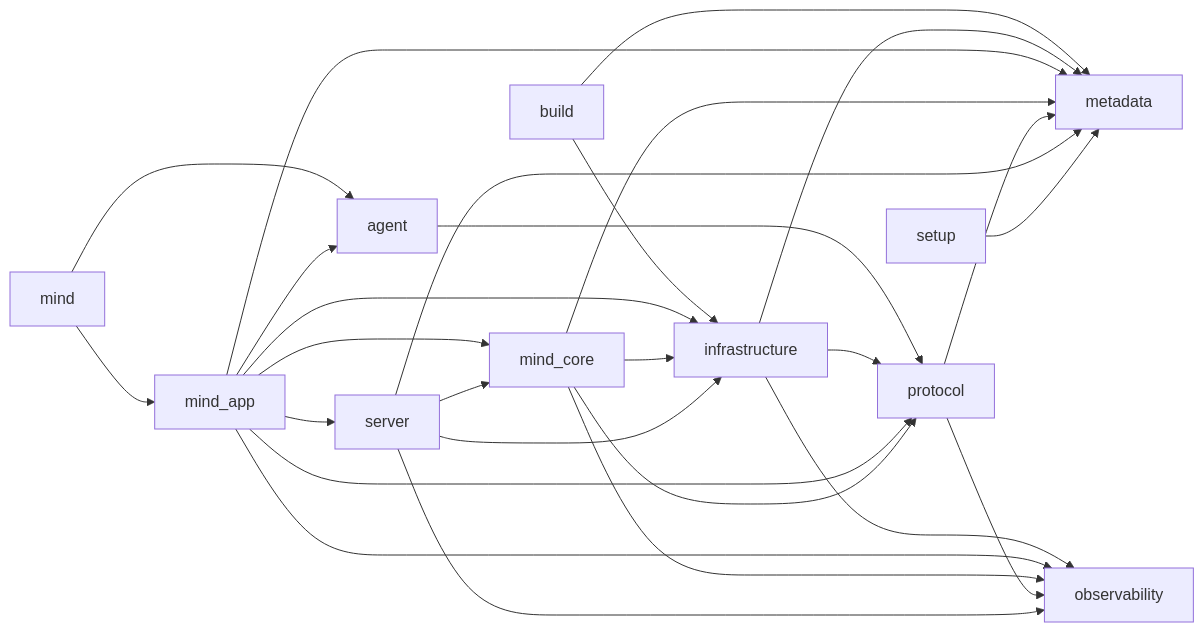
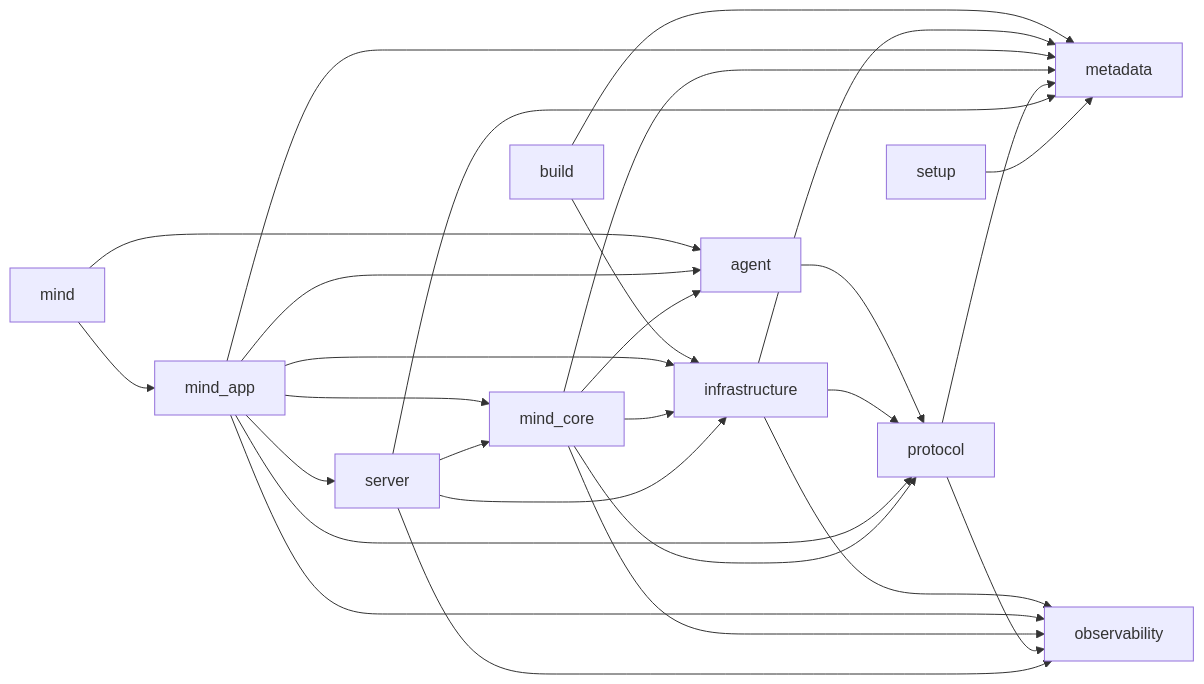
The diagram in AGENT_RUNTIME_IMPORT_GRAPH.md (AxionixLabs/ProxyMind), drawn with Mermaid before and after one commit. The commit also changed other lines of this file and 26 other files, not shown here.

````diff
--- a/AGENT_RUNTIME_IMPORT_GRAPH.md
+++ b/AGENT_RUNTIME_IMPORT_GRAPH.md
@@ -15,29 +15,30 @@
 ```mermaid
 flowchart LR
     agent --> protocol
     build --> infrastructure
     build --> metadata
     infrastructure --> metadata
     infrastructure --> observability
     infrastructure --> protocol
     mind --> agent
     mind --> mind_app
     mind_app --> agent
     mind_app --> infrastructure
     mind_app --> metadata
     mind_app --> mind_core
     mind_app --> observability
     mind_app --> protocol
     mind_app --> server
+    mind_core --> agent
     mind_core --> infrastructure
     mind_core --> metadata
     mind_core --> observability
     mind_core --> protocol
     protocol --> metadata
     protocol --> observability
     server --> infrastructure
     server --> metadata
     server --> mind_core
     server --> observability
     setup --> metadata
 ```
````
